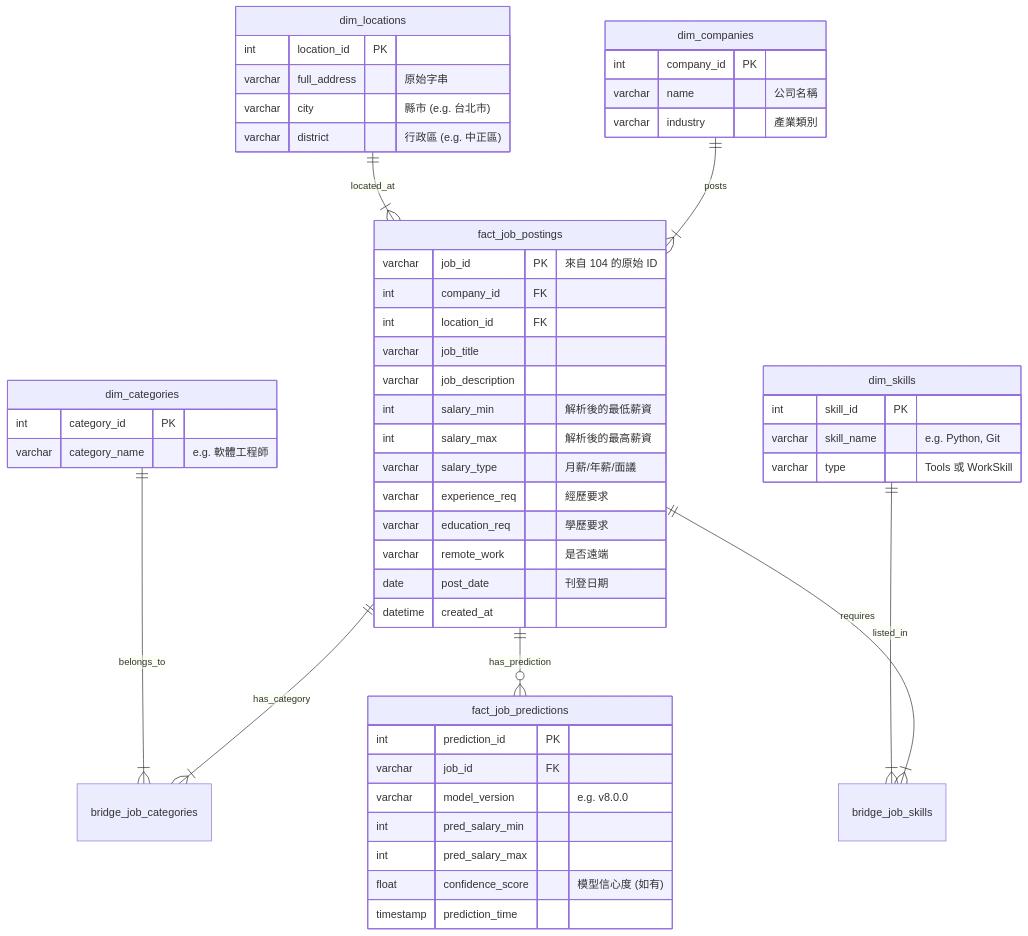
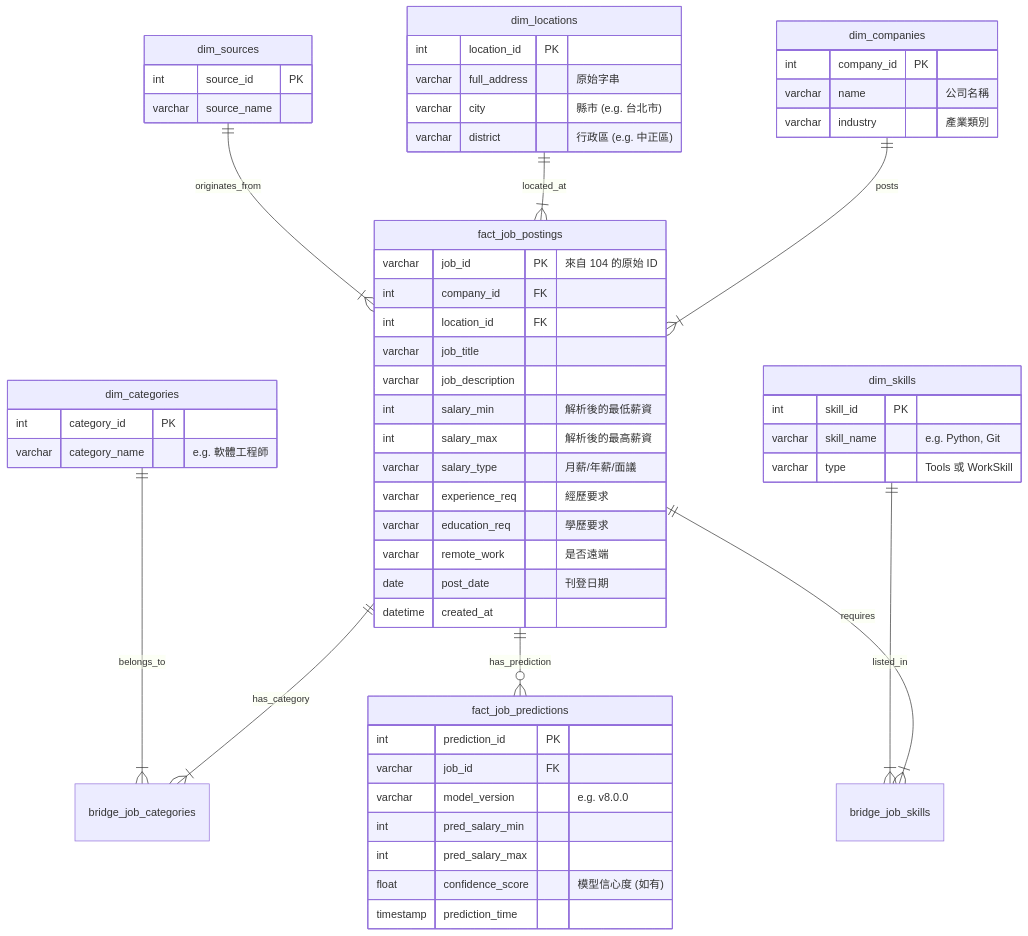
The diagram in 104_jobdata_crawler_final/database_schema_design.md (DataSideProject/WLS), drawn with Mermaid before and after one commit. The commit also changed other lines of this file, not shown here.

````diff
--- a/104_jobdata_crawler_final/database_schema_design.md
+++ b/104_jobdata_crawler_final/database_schema_design.md
@@ -15,71 +15,78 @@
 ```mermaid
 erDiagram
     %% 核心事實表
     fact_job_postings {
         varchar job_id PK "來自 104 的原始 ID"
         int company_id FK
         int location_id FK
         varchar job_title
         varchar job_description
         int salary_min "解析後的最低薪資"
         int salary_max "解析後的最高薪資"
         varchar salary_type "月薪/年薪/面議"
         varchar experience_req "經歷要求"
         varchar education_req "學歷要求"
         varchar remote_work "是否遠端"
         date post_date "刊登日期"
         datetime created_at
     }
 
     %% 維度表：公司
     dim_companies {
         int company_id PK
         varchar name "公司名稱"
         varchar industry "產業類別"
     }
 
     %% 維度表：地區
     dim_locations {
         int location_id PK
         varchar full_address "原始字串"
         varchar city "縣市 (e.g. 台北市)"
         varchar district "行政區 (e.g. 中正區)"
     }
 
     %% 維度表：職務類別 (參考 104 分類)
     dim_categories {
         int category_id PK
         varchar category_name "e.g. 軟體工程師"
     }
 
     %% 維度表：技能 (包含 Tools 與 Work Skills)
     dim_skills {
         int skill_id PK
         varchar skill_name "e.g. Python, Git"
         varchar type "Tools 或 WorkSkill"
     }
 
+    %% 維度表：來源 (104, CakeResume)
+    dim_sources {
+        int source_id PK
+        varchar source_name
+    }
+
     %% 預測結果事實表 (MLOps)
     fact_job_predictions {
         int prediction_id PK
         varchar job_id FK
         varchar model_version "e.g. v8.0.0"
         int pred_salary_min
         int pred_salary_max
         float confidence_score "模型信心度 (如有)"
         timestamp prediction_time
     }
 
     %% 關聯 (Relationships)
     dim_companies ||--|{ fact_job_postings : "posts"
     dim_locations ||--|{ fact_job_postings : "located_at"
+    dim_sources   ||--|{ fact_job_postings : "originates_from"
 
     %% 多對多關聯 (Bridge Tables)
     fact_job_postings ||--|{ bridge_job_categories : "has_category"
     dim_categories ||--|{ bridge_job_categories : "belongs_to"
 
     fact_job_postings ||--|{ bridge_job_skills : "requires"
     dim_skills ||--|{ bridge_job_skills : "listed_in"
 
     fact_job_postings ||--o{ fact_job_predictions : "has_prediction"
 ```
````
